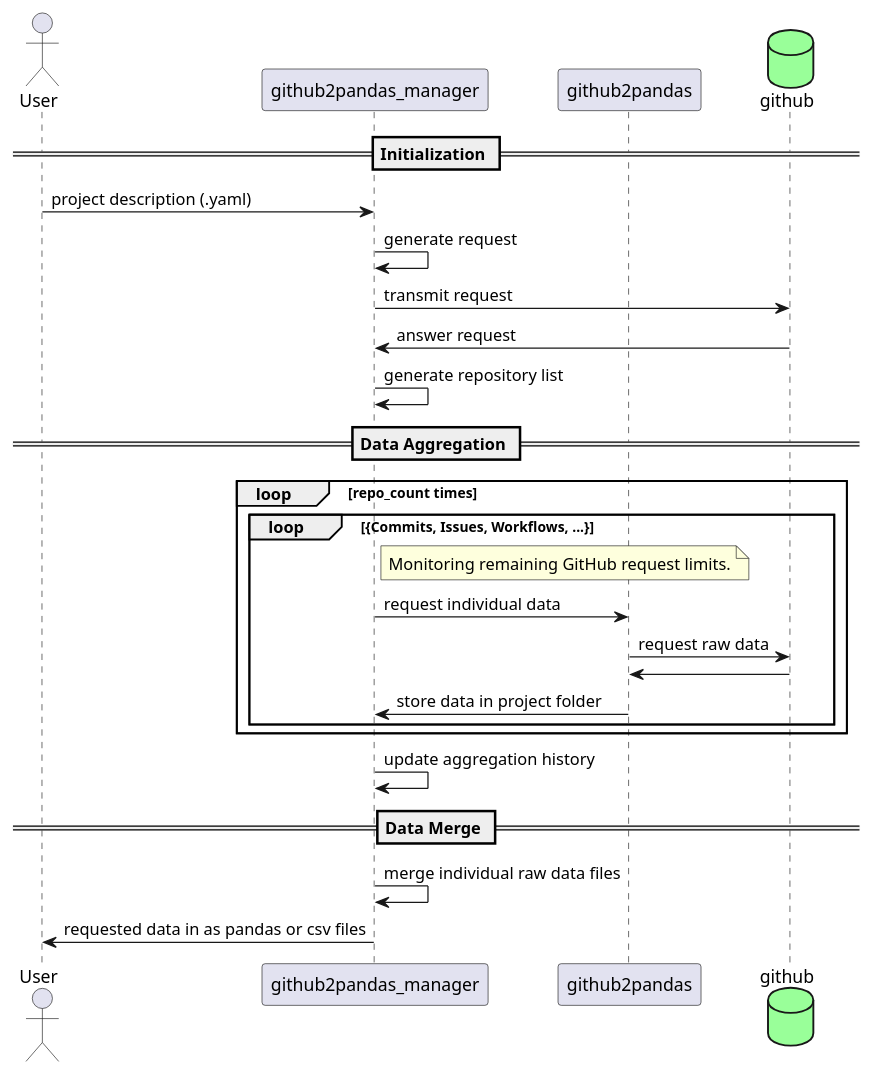
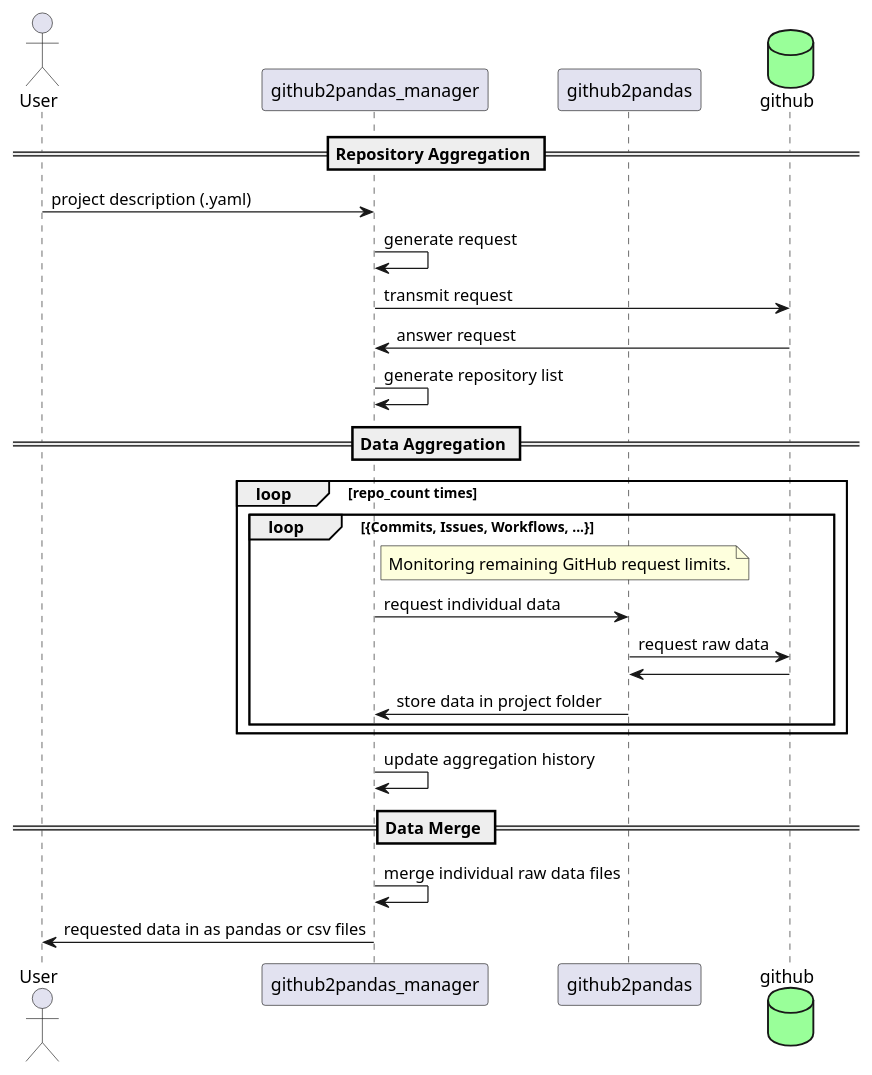
One commit to TUBAF-IFI-DiPiT/github2pandas_manager changed the diagram in doc/diagrams/sequence.puml. Above: the diagram before and after it, drawn with PlantUML.

```diff
--- a/doc/diagrams/sequence.puml
+++ b/doc/diagrams/sequence.puml
@@ -1,32 +1,32 @@
 @startuml
 actor User
 participant github2pandas_manager
 participant github2pandas
 database github #99FF99
 
-== Initialization ==
+== Repository Aggregation ==
 
 User -> github2pandas_manager: project description (.yaml)
 github2pandas_manager -> github2pandas_manager: generate request
 github2pandas_manager -> github: transmit request
 github -> github2pandas_manager: answer request
 github2pandas_manager -> github2pandas_manager: generate repository list
 
 == Data Aggregation ==
 
 loop repo_count times
     loop {Commits, Issues, Workflows, ...}
         note right of github2pandas_manager: Monitoring remaining GitHub request limits.
         github2pandas_manager -> github2pandas: request individual data
         github2pandas -> github: request raw data
         github -> github2pandas
         github2pandas -> github2pandas_manager: store data in project folder
     end
 end
 github2pandas_manager -> github2pandas_manager: update aggregation history
 
 == Data Merge ==
 
 github2pandas_manager -> github2pandas_manager: merge individual raw data files
 github2pandas_manager -> User: requested data in as pandas or csv files
 @enduml
```
